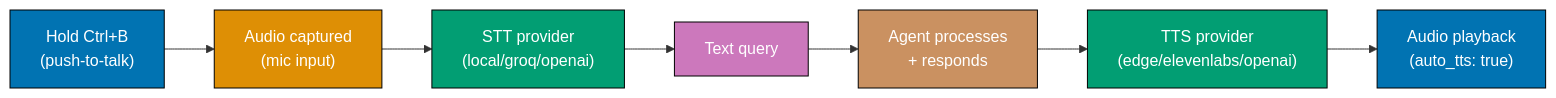
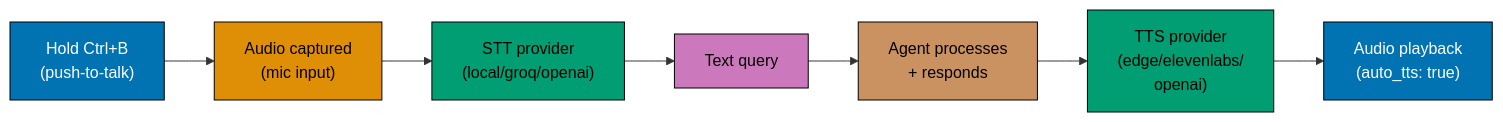
Before and after one commit to wahidyankf/ose-public: the ninth of 14 diagrams in apps/ayokoding-www/content/en/learn/legacy/artificial-intelligence/tools/hermes-agent/by-example/advanced.md, drawn with Mermaid. The commit also changed other lines of this file and 50 other files, not shown here.

First line of the commit message:
fix(mermaid): bring the docs, governance, plans, and legacy AI diagrams onto the accessible palette

````diff
--- a/apps/ayokoding-www/content/en/learn/legacy/artificial-intelligence/tools/hermes-agent/by-example/advanced.md
+++ b/apps/ayokoding-www/content/en/learn/legacy/artificial-intelligence/tools/hermes-agent/by-example/advanced.md
@@ -1366,21 +1428,29 @@
 ```mermaid
 %% Color Palette: Blue #0173B2, Orange #DE8F05, Teal #029E73, Purple #CC78BC, Brown #CA9161
 graph LR
+    accTitle: Example 71: Voice Mode Setup
+    accDescr: Graph with 7 nodes and 6 connections. Nodes: Hold Ctrl+B (push-to-talk), Audio captured (mic input), STT provider (local/groq/openai), Text query, Agent processes + responds, TTS provider (edge/elevenlabs/ openai), Audio playback (auto_tts: true). Connections: Hold Ctrl+B (push-to-talk) to Audio captured (mic input), Audio captured (mic input) to STT provider (local/groq/openai), STT provider (local/groq/openai) to Text query, Text query to Agent processes + responds, Agent processes + responds to TTS provider (edge/elevenlabs/ openai), TTS provider (edge/elevenlabs/ openai) to Audio playback (auto_tts: true).
     A["Hold Ctrl+B<br/>(push-to-talk)"]
     B["Audio captured<br/>(mic input)"]
     C["STT provider<br/>(local/groq/openai)"]
     D["Text query"]
     E["Agent processes<br/>+ responds"]
-    F["TTS provider<br/>(edge/elevenlabs/openai)"]
+    F["TTS provider<br/>(edge/elevenlabs/<br/>openai)"]
     G["Audio playback<br/>(auto_tts: true)"]
 
     A --> B --> C --> D --> E --> F --> G
 
-    style A fill:#0173B2,stroke:#000,color:#fff
-    style B fill:#DE8F05,stroke:#000,color:#fff
-    style C fill:#029E73,stroke:#000,color:#fff
-    style D fill:#CC78BC,stroke:#000,color:#fff
-    style E fill:#CA9161,stroke:#000,color:#fff
-    style F fill:#029E73,stroke:#000,color:#fff
-    style G fill:#0173B2,stroke:#000,color:#fff
+    classDef pal-0173B2 fill:#0173B2,stroke:#000000,color:#FFFFFF
+    class A pal-0173B2
+    classDef pal-DE8F05 fill:#DE8F05,stroke:#000000,color:#000000
+    class B pal-DE8F05
+    classDef pal-029E73 fill:#029E73,stroke:#000000,color:#000000
+    class C pal-029E73
+    classDef pal-CC78BC fill:#CC78BC,stroke:#000000,color:#000000
+    class D pal-CC78BC
+    classDef pal-CA9161 fill:#CA9161,stroke:#000000,color:#000000
+    class E pal-CA9161
+    class F pal-029E73
+    class G pal-0173B2
+    classDef default fill:#FFFFFF,stroke:#000000,color:#000000
 ```
````
